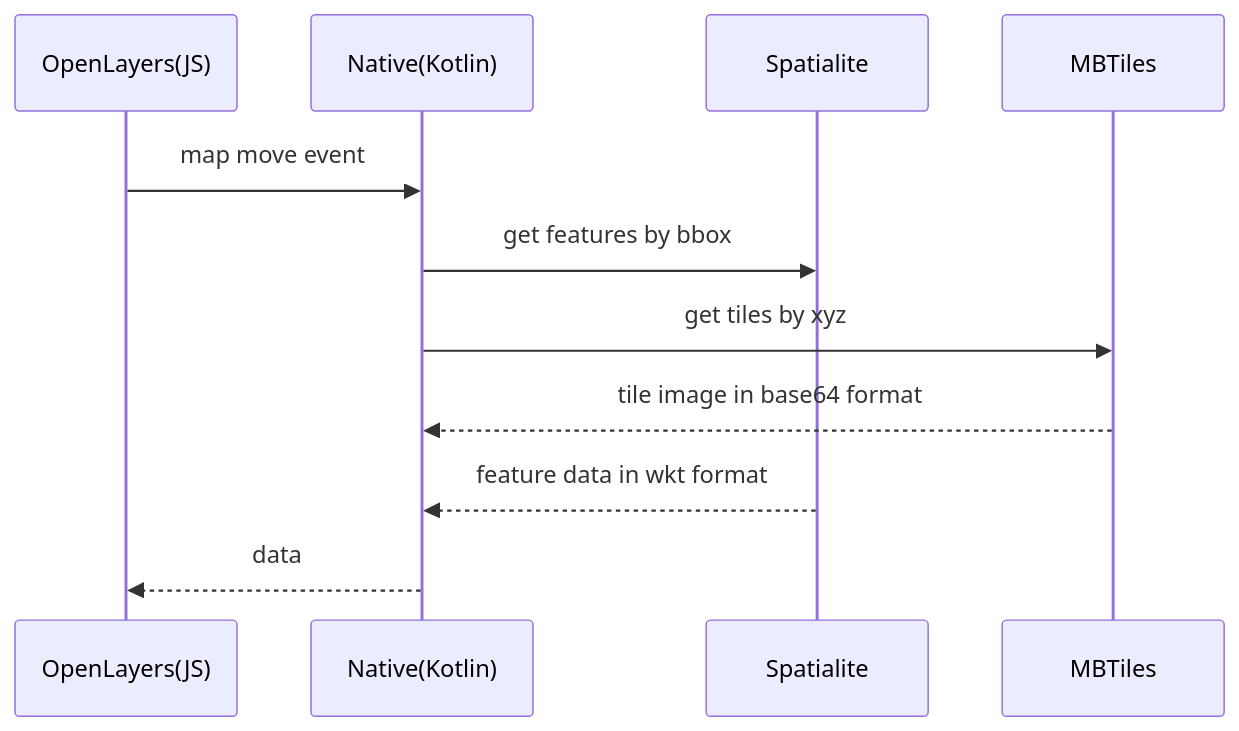
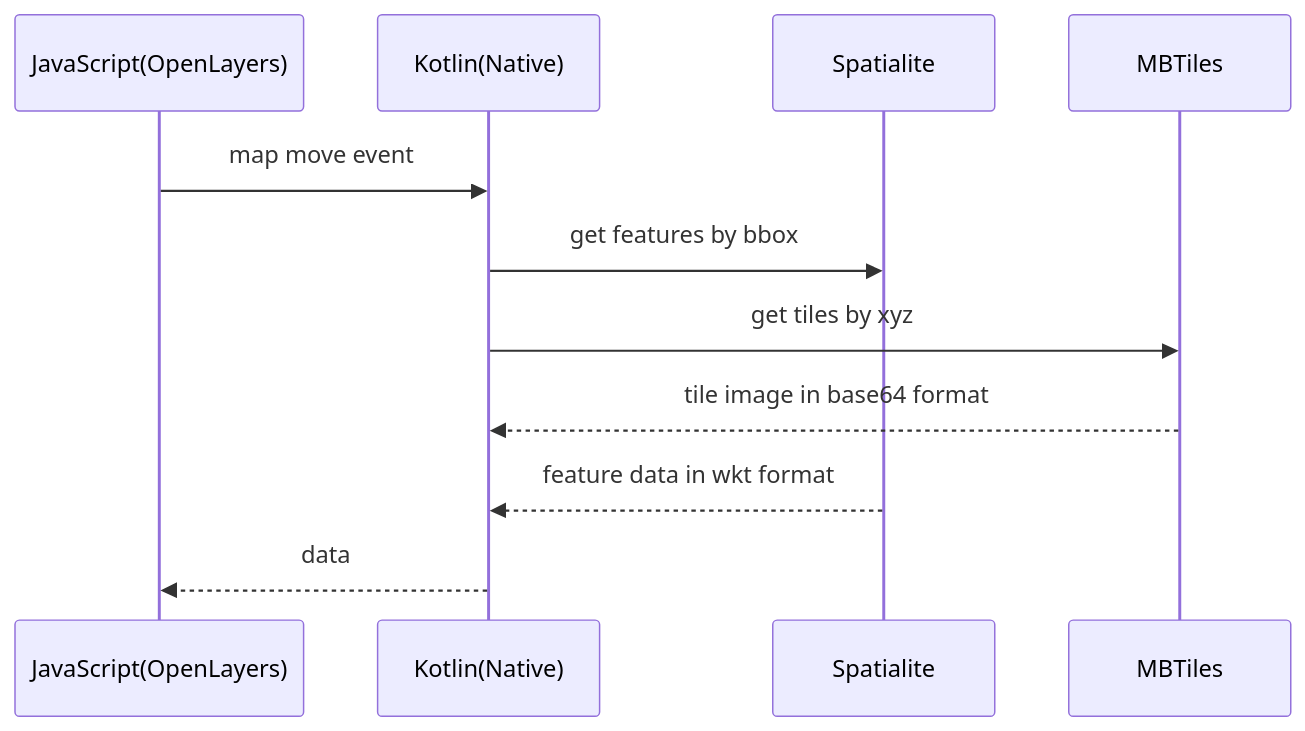
One commit to MSBilgin/Spatialite-MBTiles-OpenLayers-Javascript-Kotlin changed the diagram in README.md. Above: the diagram before and after it, drawn with Mermaid.

````diff
--- a/README.md
+++ b/README.md
@@ -5,9 +5,9 @@
 ```mermaid
 sequenceDiagram
-OpenLayers(JS) ->> Native(Kotlin): map move event
-Native(Kotlin)->>Spatialite: get features by bbox
-Native(Kotlin)->>MBTiles: get tiles by xyz
-MBTiles-->>Native(Kotlin): tile image in base64 format
-Spatialite-->>Native(Kotlin): feature data in wkt format
-Native(Kotlin)-->>OpenLayers(JS): data
+JavaScript(OpenLayers) ->> Kotlin(Native): map move event
+Kotlin(Native)->>Spatialite: get features by bbox
+Kotlin(Native)->>MBTiles: get tiles by xyz
+MBTiles-->>Kotlin(Native): tile image in base64 format
+Spatialite-->>Kotlin(Native): feature data in wkt format
+Kotlin(Native)-->>JavaScript(OpenLayers): data
 ```
````
